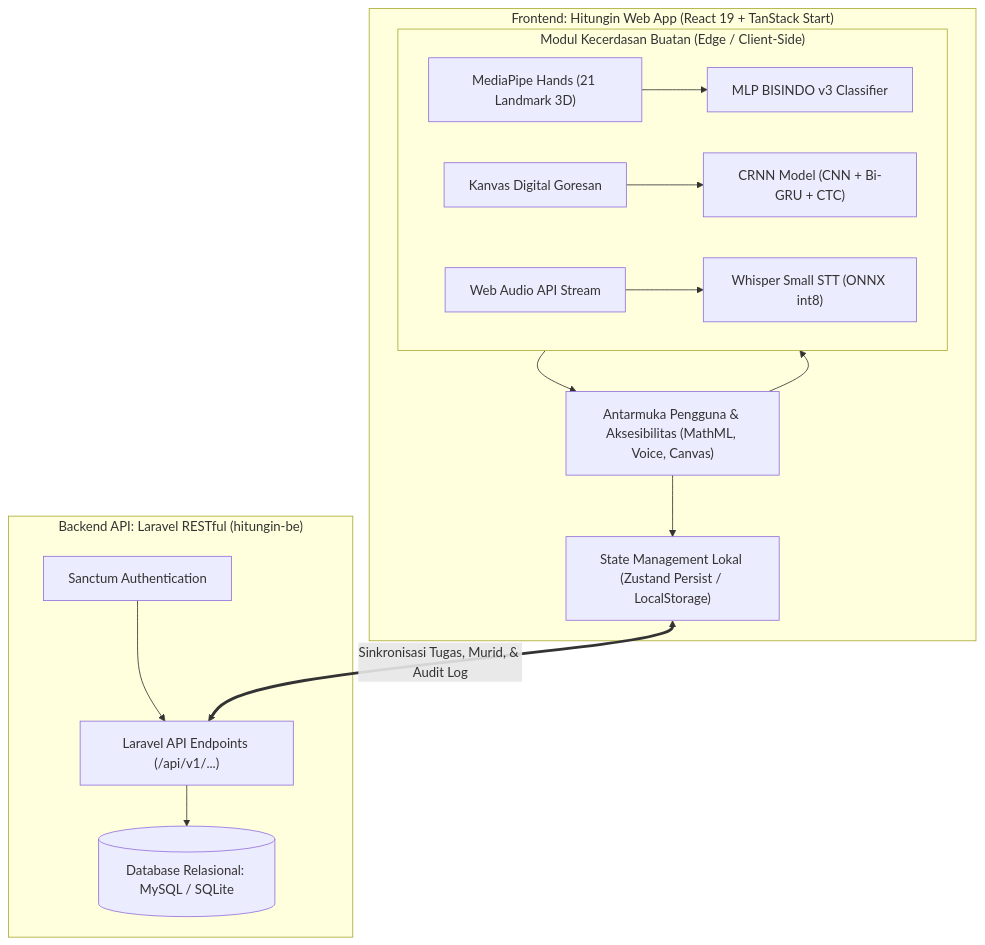
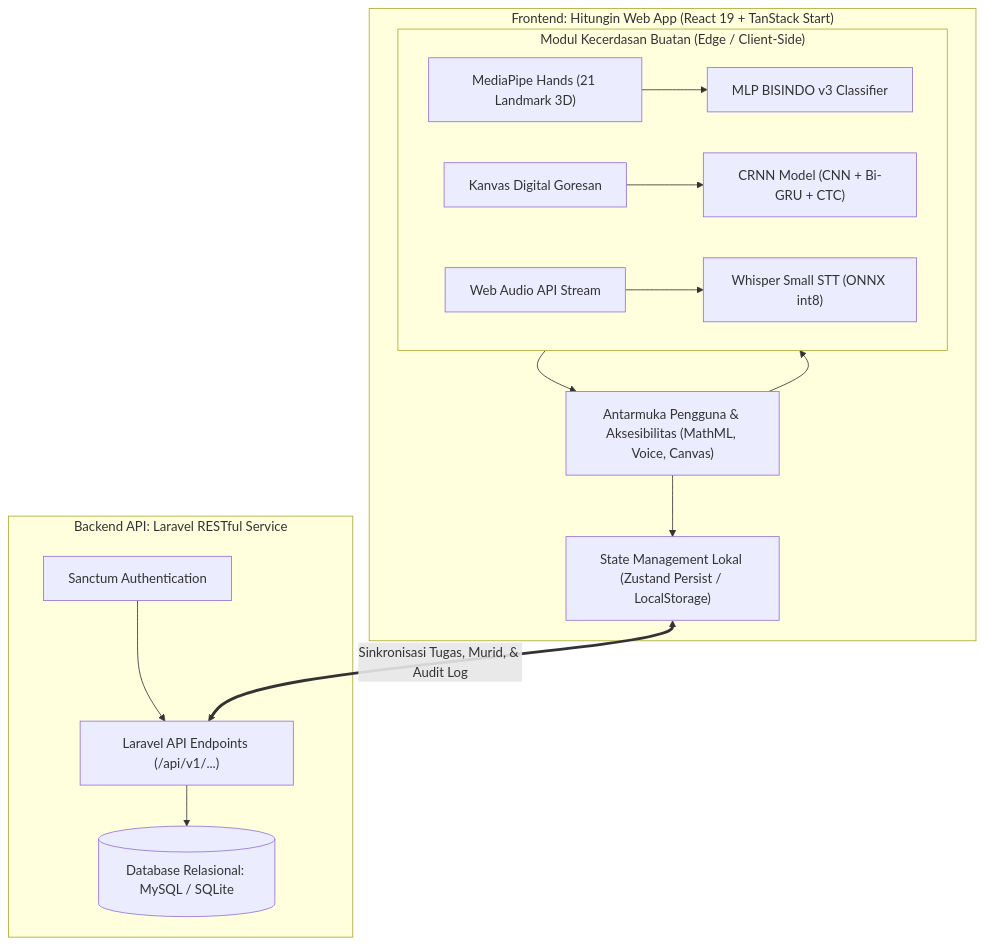
Before and after one commit to mohamadarif03/hitungin: the diagram in README.md, drawn with Mermaid. The commit also changed other lines of this file and 1 other file, not shown here.

Commit message:
docs: remove external backend repo url from readme and env example

````diff
--- a/README.md
+++ b/README.md
@@ -108,28 +107,28 @@
 ```mermaid
 flowchart TD
     subgraph Client ["Frontend: Hitungin Web App (React 19 + TanStack Start)"]
         UI["Antarmuka Pengguna & Aksesibilitas (MathML, Voice, Canvas)"]
         Store["State Management Lokal (Zustand Persist / LocalStorage)"]
         
         subgraph AI_Engine ["Modul Kecerdasan Buatan (Edge / Client-Side)"]
             MP["MediaPipe Hands (21 Landmark 3D)"] --> MLP["MLP BISINDO v3 Classifier"]
             Canvas["Kanvas Digital Goresan"] --> CRNN["CRNN Model (CNN + Bi-GRU + CTC)"]
             Audio["Web Audio API Stream"] --> Whisper["Whisper Small STT (ONNX int8)"]
         end
         
         UI --> AI_Engine
         AI_Engine --> UI
         UI --> Store
     end
 
-    subgraph Backend_Service ["Backend API: Laravel RESTful (hitungin-be)"]
+    subgraph Backend_Service ["Backend API: Laravel RESTful Service"]
         API["Laravel API Endpoints (/api/v1/...)"]
         Auth["Sanctum Authentication"]
         DB[(Database Relasional: MySQL / SQLite)]
         
         API --> DB
         Auth --> API
     end
 
     Store <==>|Sinkronisasi Tugas, Murid, & Audit Log| API
 ```
````
